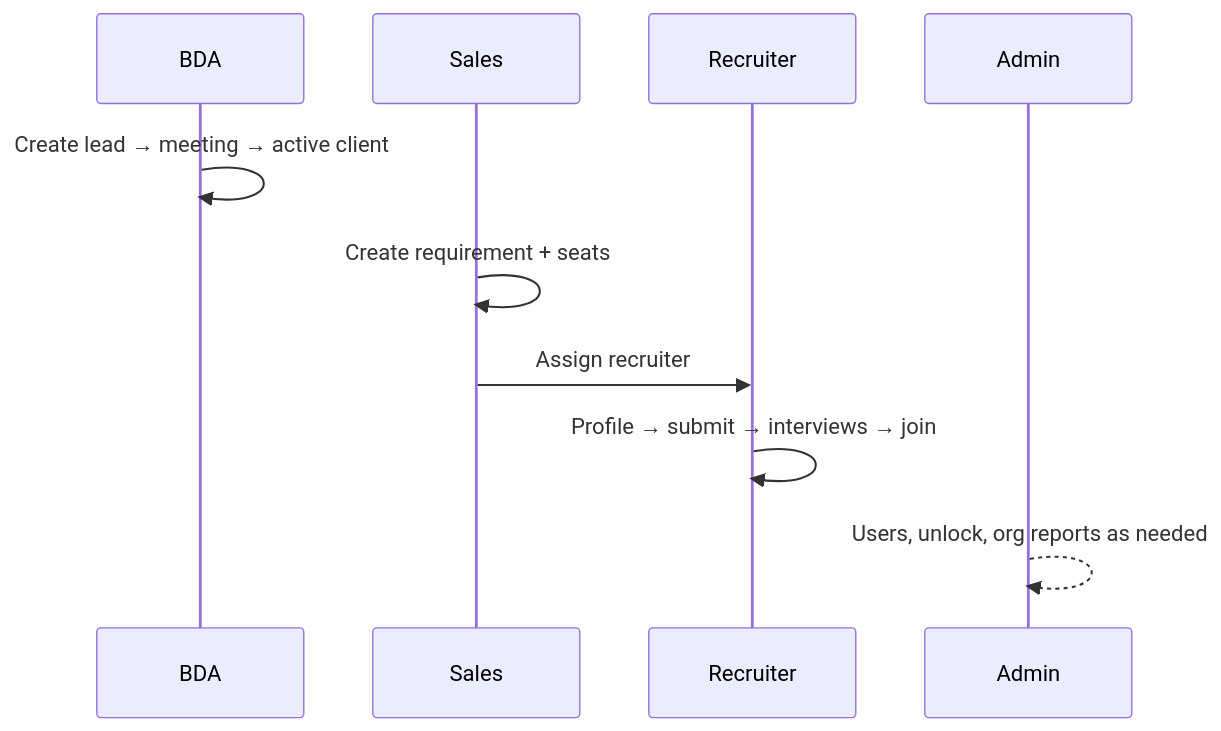
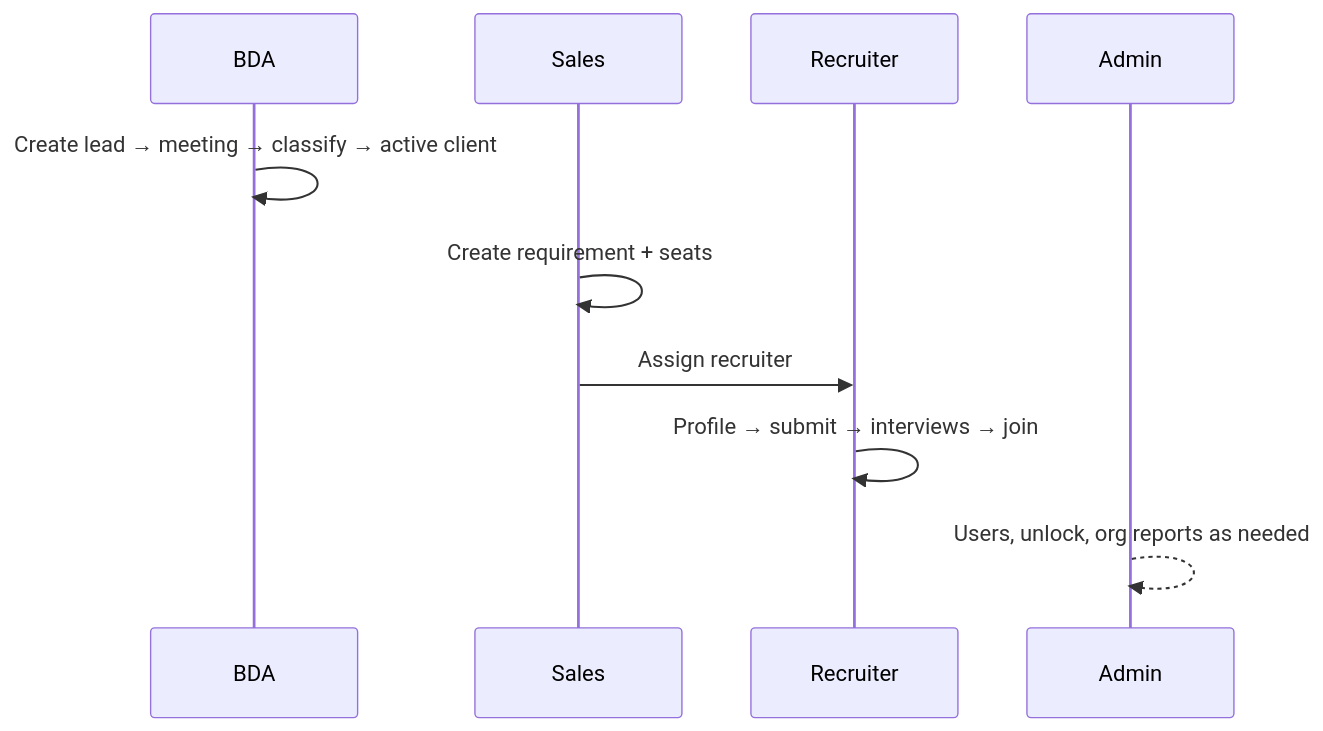
Before and after one commit to deepanshu-chauhan-delphic/delphic-one: the fifth of 8 diagrams in README.md, drawn with Mermaid. The commit also changed other lines of this file and 47 other files, not shown here.

````diff
--- a/README.md
+++ b/README.md
@@ -207,13 +210,13 @@
 ```mermaid
 sequenceDiagram
   participant BDA
   participant Sales
   participant Recruiter
   participant Admin
 
-  BDA->>BDA: Create lead → meeting → active client
+  BDA->>BDA: Create lead → meeting → classify → active client
   Sales->>Sales: Create requirement + seats
   Sales->>Recruiter: Assign recruiter
   Recruiter->>Recruiter: Profile → submit → interviews → join
   Admin-->>Admin: Users, unlock, org reports as needed
 ```
````
